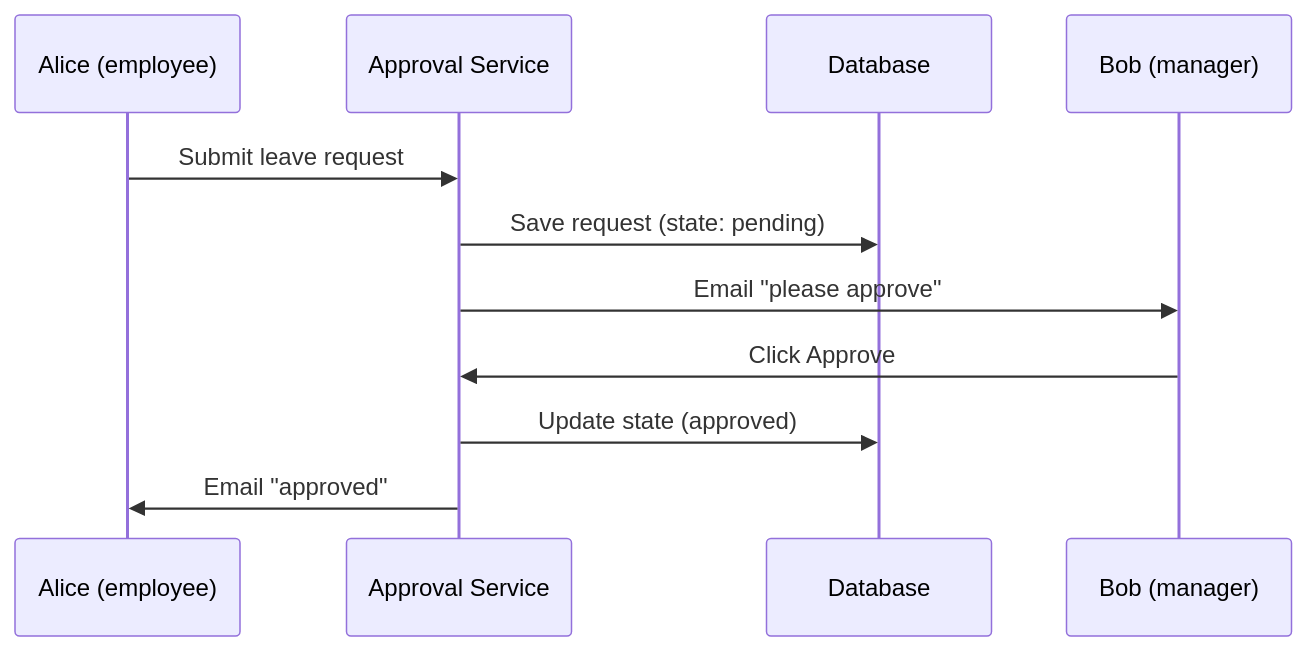
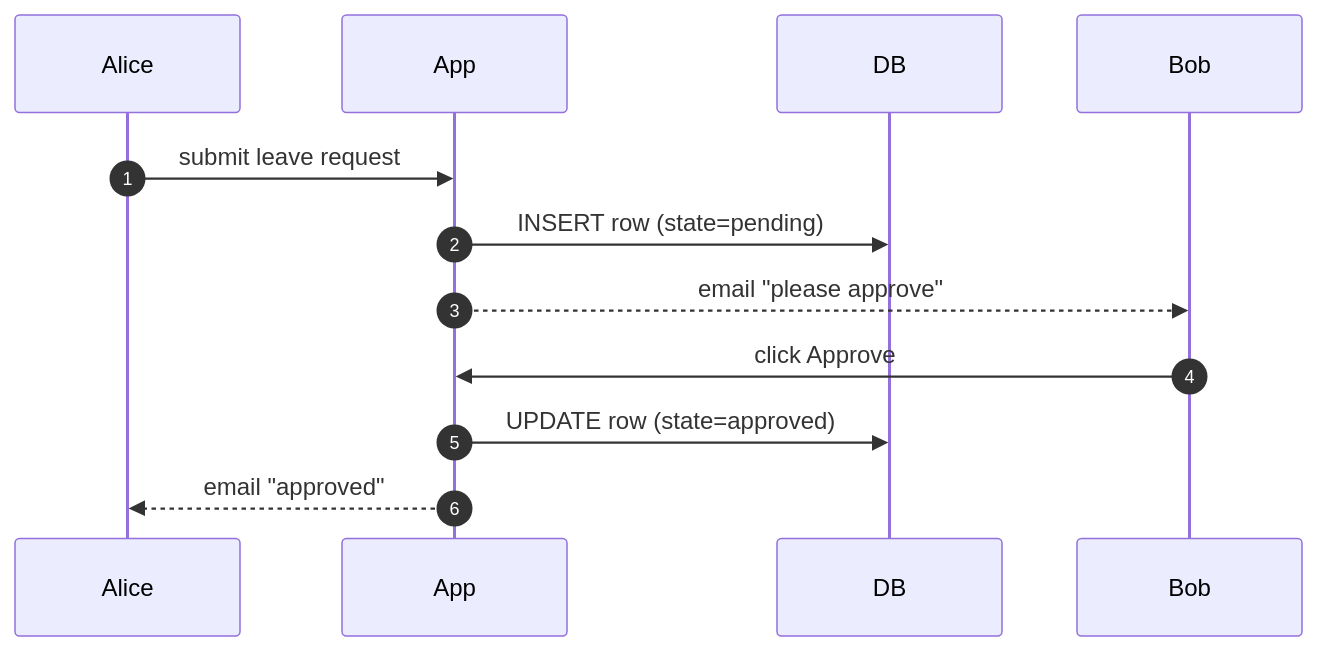
One commit to shiningflash/system-design changed the third of 11 diagrams in problems/011-approval-management/question.md. Above: the diagram before and after it, drawn with Mermaid. The commit also changed other lines of this file and 1 other file, not shown here.

First line of the commit message:
011 approval: clearer prose, color-grouped mermaid, build-up architecture

````diff
--- a/problems/011-approval-management/question.md
+++ b/problems/011-approval-management/question.md
@@ -103,14 +121,15 @@
 ```mermaid
 sequenceDiagram
-    participant Alice as Alice (employee)
-    participant App as Approval Service
-    participant DB as Database
-    participant Bob as Bob (manager)
+    autonumber
+    participant Alice
+    participant App
+    participant DB
+    participant Bob
 
-    Alice->>App: Submit leave request
-    App->>DB: Save request (state: pending)
-    App->>Bob: Email "please approve"
-    Bob->>App: Click Approve
-    App->>DB: Update state (approved)
-    App->>Alice: Email "approved"
+    Alice->>App: submit leave request
+    App->>DB: INSERT row (state=pending)
+    App-->>Bob: email "please approve"
+    Bob->>App: click Approve
+    App->>DB: UPDATE row (state=approved)
+    App-->>Alice: email "approved"
 ```
````
